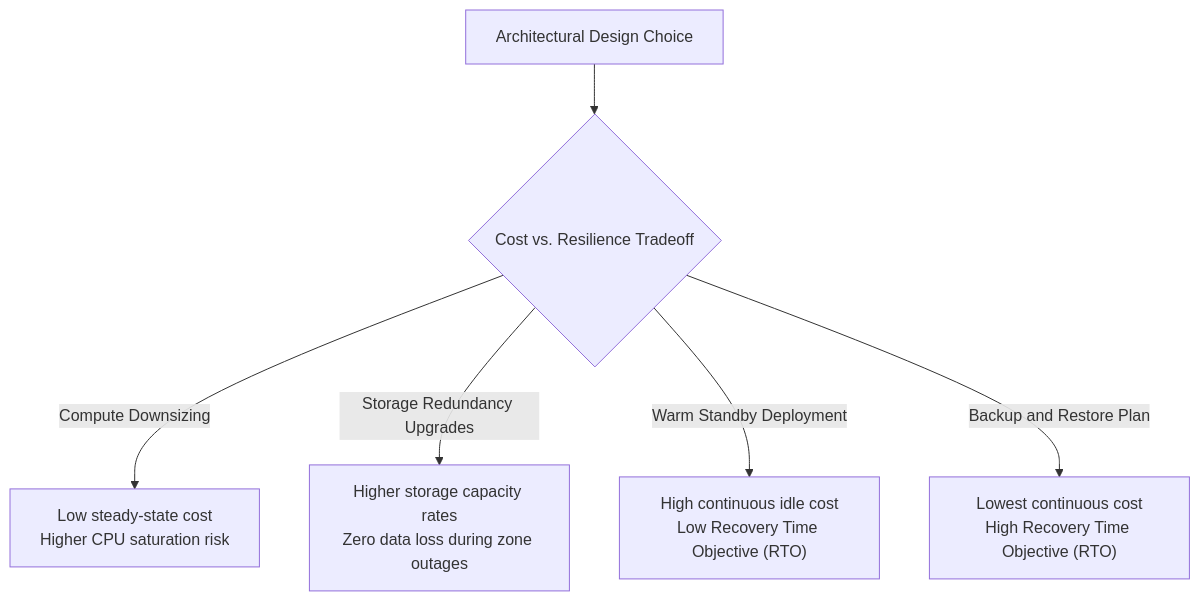
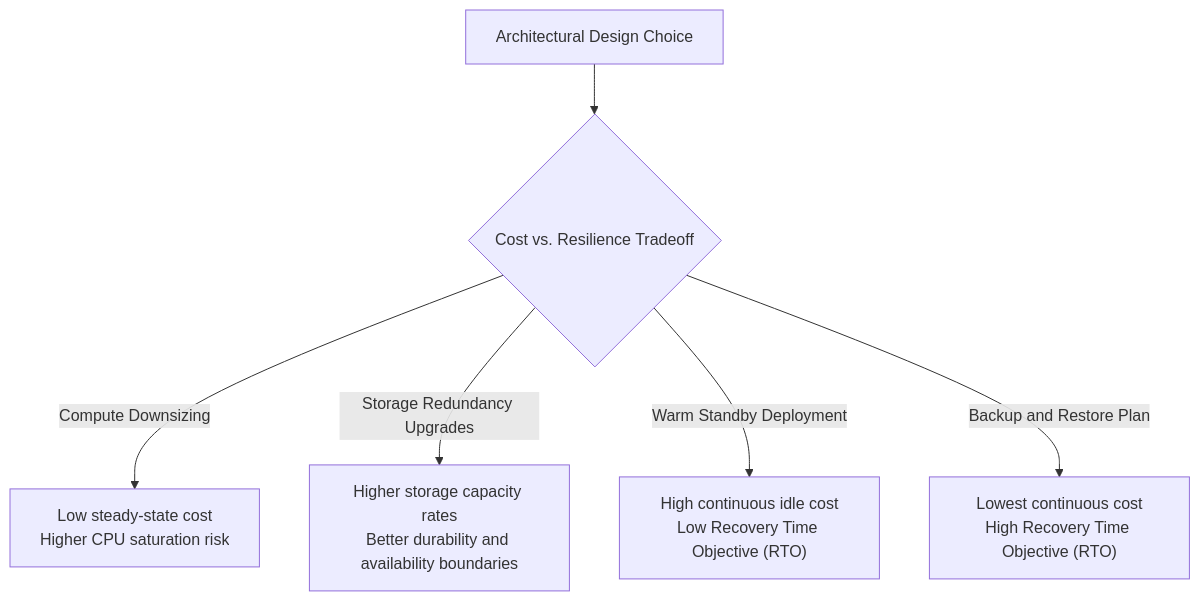
Before and after one commit to senlinyy/dev-roadmaps: the first of 2 diagrams in cloud-providers/azure/cost-resilience/what-is-cost-and-resilience.md, drawn with Mermaid. The commit also changed other lines of this file and 530 other files, not shown here.

````diff
--- a/cloud-providers/azure/cost-resilience/what-is-cost-and-resilience.md
+++ b/cloud-providers/azure/cost-resilience/what-is-cost-and-resilience.md
@@ -43,9 +43,9 @@
 ```mermaid
 flowchart TD
     Choice["Architectural Design Choice"] --> Pair{"Cost vs. Resilience Tradeoff"}
-    
+
     Pair -->|"Compute Downsizing"| LessCompute["Low steady-state cost<br/>Higher CPU saturation risk"]
-    Pair -->|"Storage Redundancy Upgrades"| MoreStorage["Higher storage capacity rates<br/>Zero data loss during zone outages"]
+    Pair -->|"Storage Redundancy Upgrades"| MoreStorage["Higher storage capacity rates<br/>Better durability and availability boundaries"]
     Pair -->|"Warm Standby Deployment"| WarmStandby["High continuous idle cost<br/>Low Recovery Time Objective (RTO)"]
     Pair -->|"Backup and Restore Plan"| ColdBackup["Lowest continuous cost<br/>High Recovery Time Objective (RTO)"]
 ```
````
